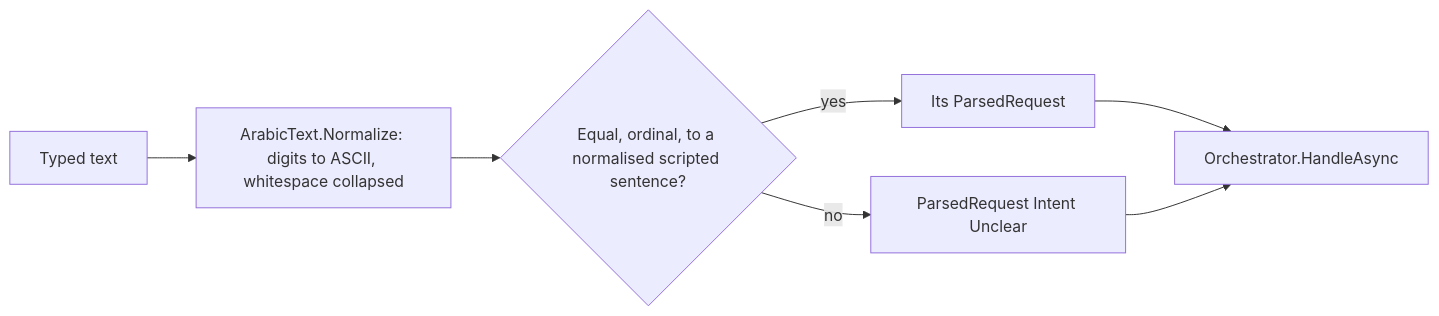
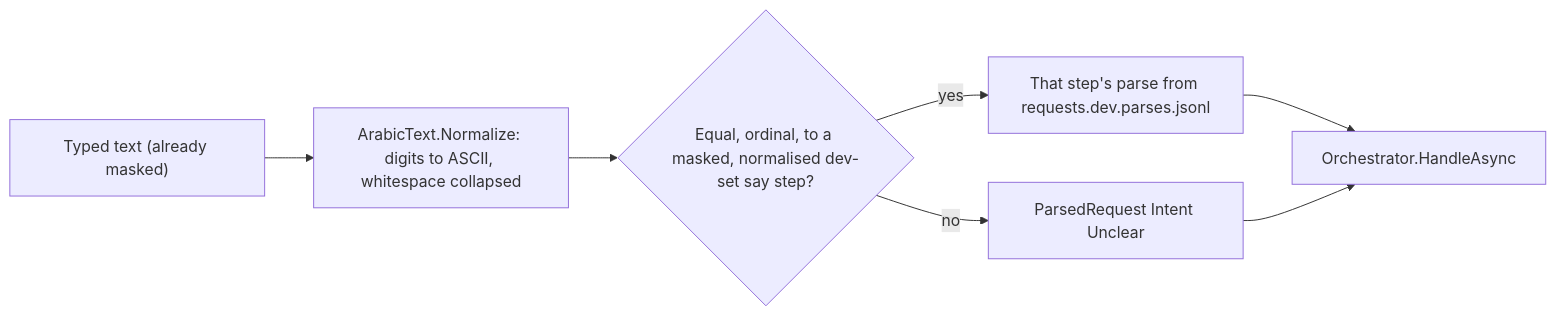
One commit to Khalil-Alhadidi/Naqoli changed the first of 16 diagrams in docs/agent-core.md. Above: the diagram before and after it, drawn with Mermaid. The commit also changed other lines of this file and 6 other files, not shown here.

````diff
--- a/docs/agent-core.md
+++ b/docs/agent-core.md
@@ -65,9 +81,9 @@
 ```mermaid
 flowchart LR
-    typed["Typed text"] --> norm["ArabicText.Normalize: digits to ASCII, whitespace collapsed"]
-    norm --> lookup{"Equal, ordinal, to a normalised scripted sentence?"}
-    lookup -- yes --> req["Its ParsedRequest"]
+    typed["Typed text (already masked)"] --> norm["ArabicText.Normalize: digits to ASCII, whitespace collapsed"]
+    norm --> lookup{"Equal, ordinal, to a masked, normalised dev-set say step?"}
+    lookup -- yes --> req["That step's parse from requests.dev.parses.jsonl"]
     lookup -- no --> unclear["ParsedRequest Intent Unclear"]
     req --> orch["Orchestrator.HandleAsync"]
     unclear --> orch
 ```
````
